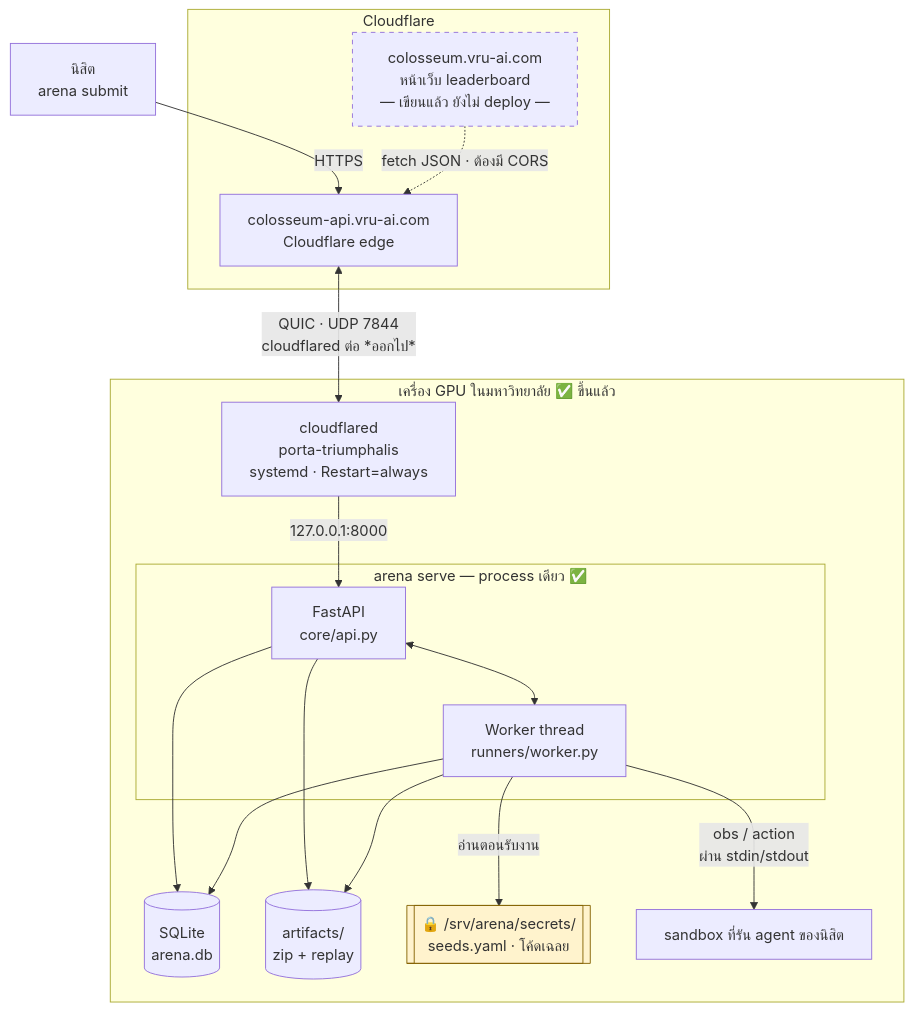
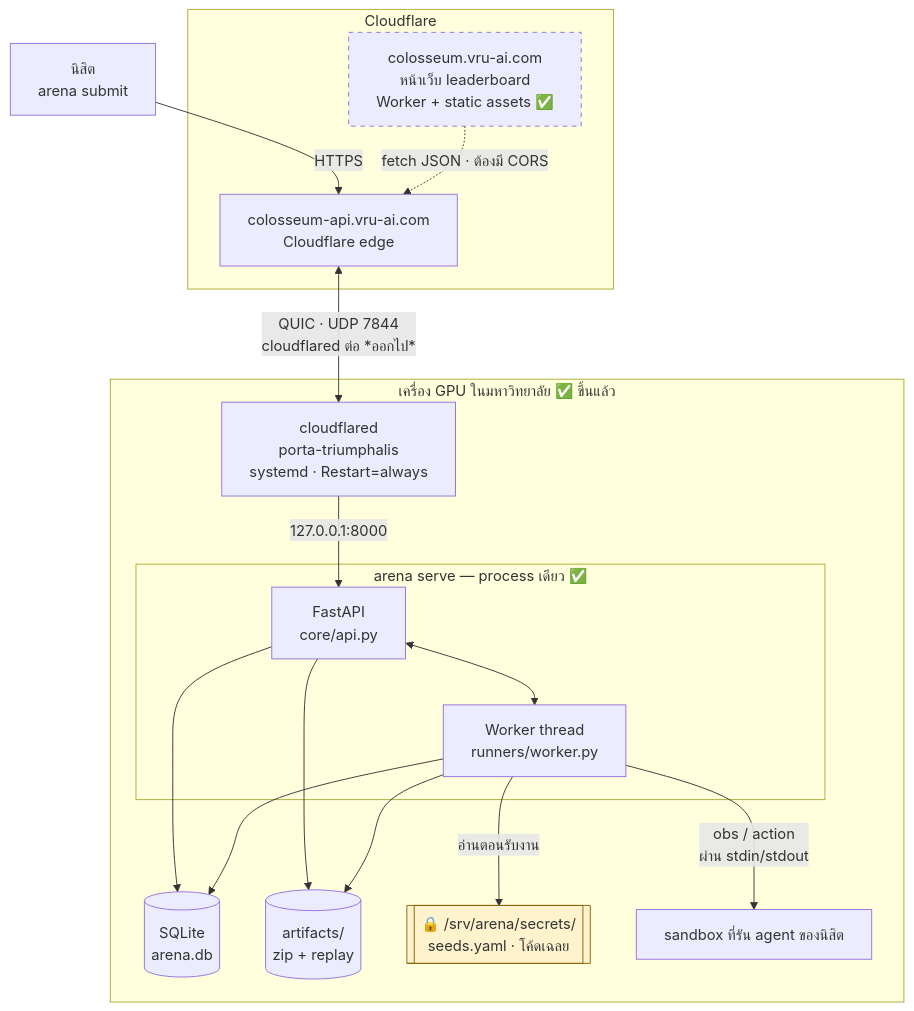
Before and after one commit to VRU-AI-SWU/colosseum-swu: the first of 3 diagrams in docs/architecture.md, drawn with Mermaid. The commit also changed other lines of this file and 5 other files, not shown here.

First line of the commit message:
feat(web): deploy หน้า leaderboard ขึ้น colosseum.vru-ai.com

````diff
--- a/docs/architecture.md
+++ b/docs/architecture.md
@@ -15,34 +15,34 @@
 ```mermaid
 flowchart TB
     subgraph cloud["Cloudflare"]
-        page["colosseum.vru-ai.com<br/>หน้าเว็บ leaderboard<br/>— เขียนแล้ว ยังไม่ deploy —"]
+        page["colosseum.vru-ai.com<br/>หน้าเว็บ leaderboard<br/>Worker + static assets ✅"]
         edge["colosseum-api.vru-ai.com<br/>Cloudflare edge"]
     end
 
     subgraph uni["เครื่อง GPU ในมหาวิทยาลัย ✅ ขึ้นแล้ว"]
         cfd["cloudflared<br/>porta-triumphalis<br/>systemd · Restart=always"]
         subgraph proc["arena serve — process เดียว ✅"]
             api["FastAPI<br/>core/api.py"]
             worker["Worker thread<br/>runners/worker.py"]
         end
         db[("SQLite<br/>arena.db")]
         art[("artifacts/<br/>zip + replay")]
         secrets[["🔒 /srv/arena/secrets/<br/>seeds.yaml · โค้ดเฉลย"]]
         sandbox["sandbox ที่รัน agent ของนิสิต"]
     end
 
     student["นิสิต<br/>arena submit"] -->|"HTTPS"| edge
     page -.->|"fetch JSON · ต้องมี CORS"| edge
     edge <-->|"QUIC · UDP 7844<br/>cloudflared ต่อ *ออกไป*"| cfd
     cfd -->|"127.0.0.1:8000"| api
     api <--> worker
     api --> db
     worker --> db
     api --> art
     worker --> art
     worker -->|"อ่านตอนรับงาน"| secrets
     worker -->|"obs / action<br/>ผ่าน stdin/stdout"| sandbox
 
     style page stroke-dasharray: 5 5
     style secrets fill:#fff3cd,stroke:#856404
 ```
````
